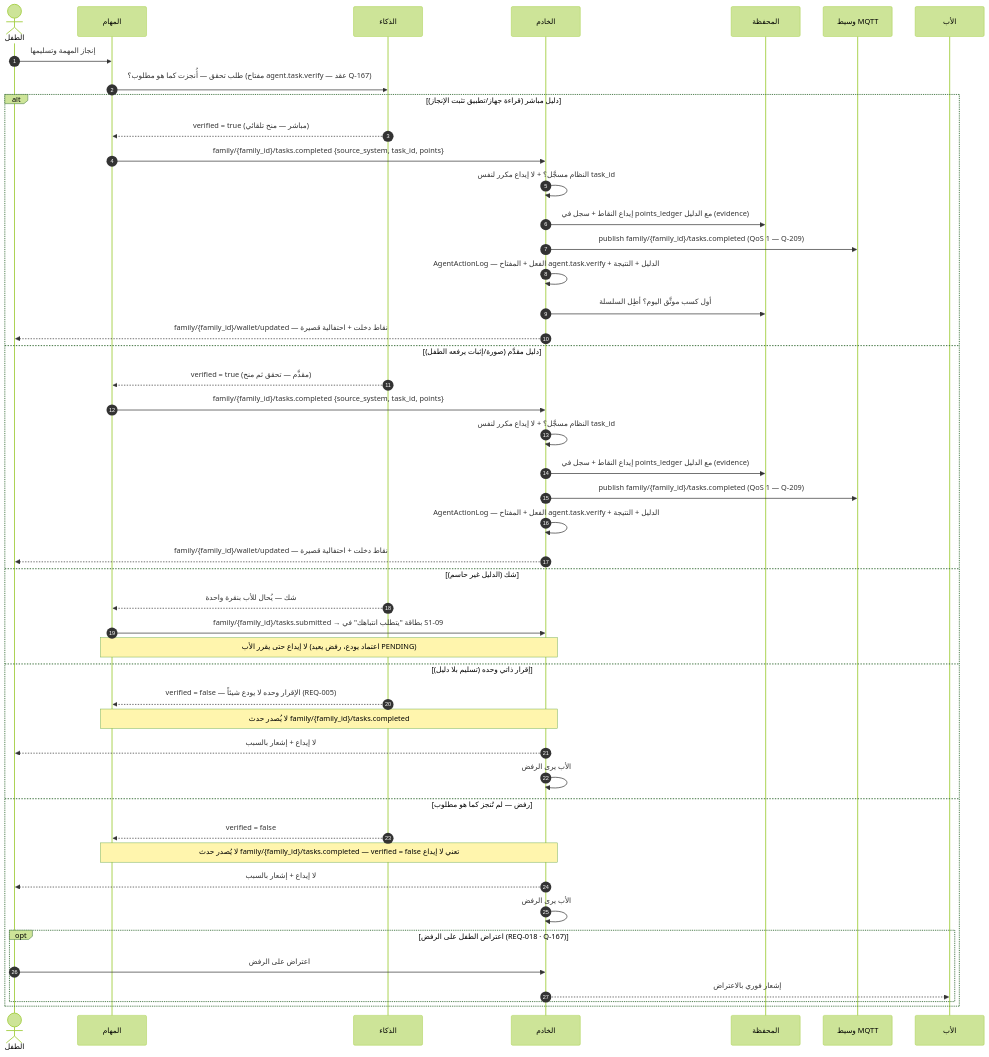
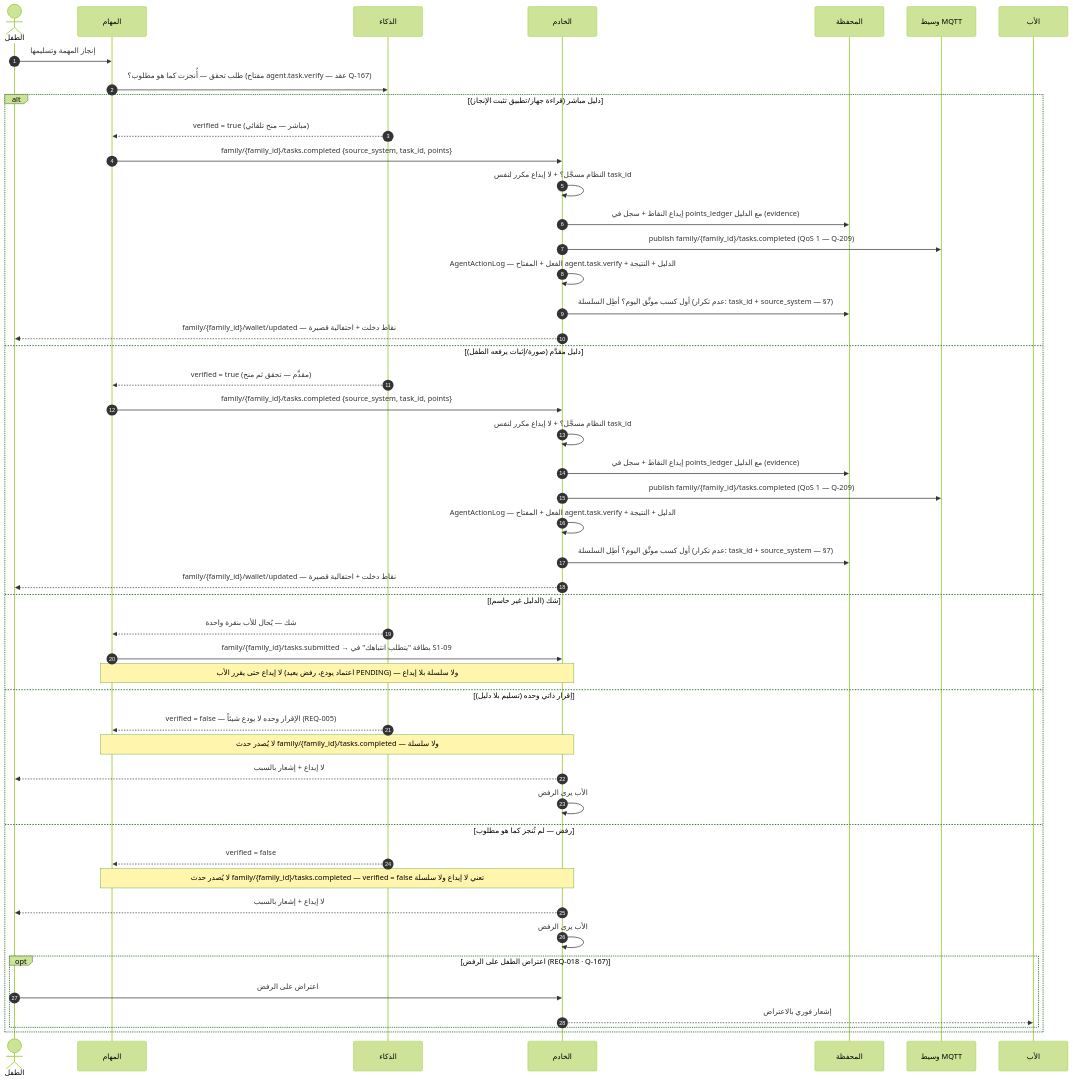
One commit to Bassam-mohammed-alqaeadi/family-os-v2 changed the third of 12 diagrams in docs/family-os/governance/phases/phase-1/S1-05-rewards-children/DIAGRAMS.md. Above: the diagram before and after it, drawn with Mermaid (forest theme). The commit also changed other lines of this file and 3 other files, not shown here.

````diff
--- a/docs/family-os/governance/phases/phase-1/S1-05-rewards-children/DIAGRAMS.md
+++ b/docs/family-os/governance/phases/phase-1/S1-05-rewards-children/DIAGRAMS.md
@@ -198,49 +198,50 @@
 ```mermaid
 sequenceDiagram
     autonumber
     actor Child as الطفل
     participant S106 as المهام
     participant AI as الذكاء
     participant Ktor as الخادم
     participant Wallet as المحفظة
     participant MQTT as وسيط MQTT
     participant Father as الأب
     Child->>S106: إنجاز المهمة وتسليمها
     S106->>AI: طلب تحقق — أُنجزت كما هو مطلوب؟ (مفتاح agent.task.verify — عقد Q-167)
     alt دليل مباشر (قراءة جهاز/تطبيق تثبت الإنجاز)
         AI-->>S106: verified = true (مباشر — منح تلقائي)
         S106->>Ktor: family/{family_id}/tasks.completed {source_system, task_id, points}
         Ktor->>Ktor: النظام مسجَّل؟ + لا إيداع مكرر لنفس task_id
         Ktor->>Wallet: إيداع النقاط + سجل في points_ledger مع الدليل (evidence)
         Ktor->>MQTT: publish family/{family_id}/tasks.completed (QoS 1 — Q-209)
         Ktor->>Ktor: AgentActionLog — الفعل + المفتاح agent.task.verify + الدليل + النتيجة
-        Ktor->>Wallet: أول كسب موثَّق اليوم؟ أطِل السلسلة
+        Ktor->>Wallet: أول كسب موثَّق اليوم؟ أطِل السلسلة (عدم تكرار: task_id + source_system — §7)
         Ktor-->>Child: family/{family_id}/wallet/updated — نقاط دخلت + احتفالية قصيرة
     else دليل مقدَّم (صورة/إثبات يرفعه الطفل)
         AI-->>S106: verified = true (مقدَّم — تحقق ثم منح)
         S106->>Ktor: family/{family_id}/tasks.completed {source_system, task_id, points}
         Ktor->>Ktor: النظام مسجَّل؟ + لا إيداع مكرر لنفس task_id
         Ktor->>Wallet: إيداع النقاط + سجل في points_ledger مع الدليل (evidence)
         Ktor->>MQTT: publish family/{family_id}/tasks.completed (QoS 1 — Q-209)
         Ktor->>Ktor: AgentActionLog — الفعل + المفتاح agent.task.verify + الدليل + النتيجة
+        Ktor->>Wallet: أول كسب موثَّق اليوم؟ أطِل السلسلة (عدم تكرار: task_id + source_system — §7)
         Ktor-->>Child: family/{family_id}/wallet/updated — نقاط دخلت + احتفالية قصيرة
     else شك (الدليل غير حاسم)
         AI-->>S106: شك — يُحال للأب بنقرة واحدة
         S106->>Ktor: family/{family_id}/tasks.submitted → بطاقة "يتطلب انتباهك" في S1-09
-        Note over S106,Ktor: لا إيداع حتى يقرر الأب (اعتماد يودع، رفض يعيد PENDING)
+        Note over S106,Ktor: لا إيداع حتى يقرر الأب (اعتماد يودع، رفض يعيد PENDING) — ولا سلسلة بلا إيداع
     else إقرار ذاتي وحده (تسليم بلا دليل)
         AI-->>S106: verified = false — الإقرار وحده لا يودع شيئاً (REQ-005)
-        Note over S106,Ktor: لا يُصدر حدث family/{family_id}/tasks.completed
+        Note over S106,Ktor: لا يُصدر حدث family/{family_id}/tasks.completed — ولا سلسلة
         Ktor-->>Child: لا إيداع + إشعار بالسبب
         Ktor->>Ktor: الأب يرى الرفض
     else رفض — لم تُنجز كما هو مطلوب
         AI-->>S106: verified = false
-        Note over S106,Ktor: لا يُصدر حدث family/{family_id}/tasks.completed — verified = false تعني لا إيداع
+        Note over S106,Ktor: لا يُصدر حدث family/{family_id}/tasks.completed — verified = false تعني لا إيداع ولا سلسلة
         Ktor-->>Child: لا إيداع + إشعار بالسبب
         Ktor->>Ktor: الأب يرى الرفض
         opt اعتراض الطفل على الرفض (REQ-018 · Q-167)
             Child->>Ktor: اعتراض على الرفض
             Ktor-->>Father: إشعار فوري بالاعتراض
         end
     end
 ```
````
